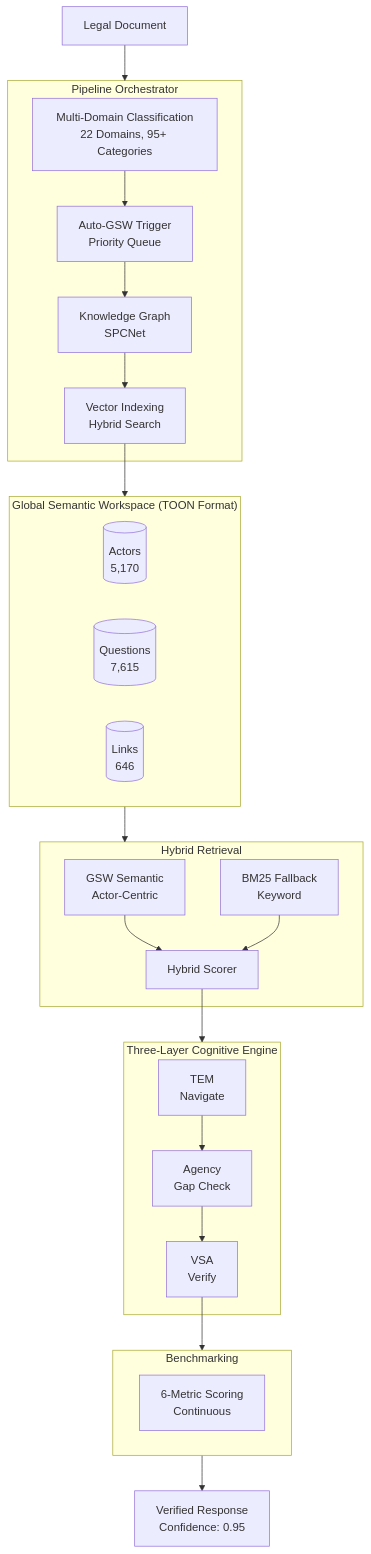
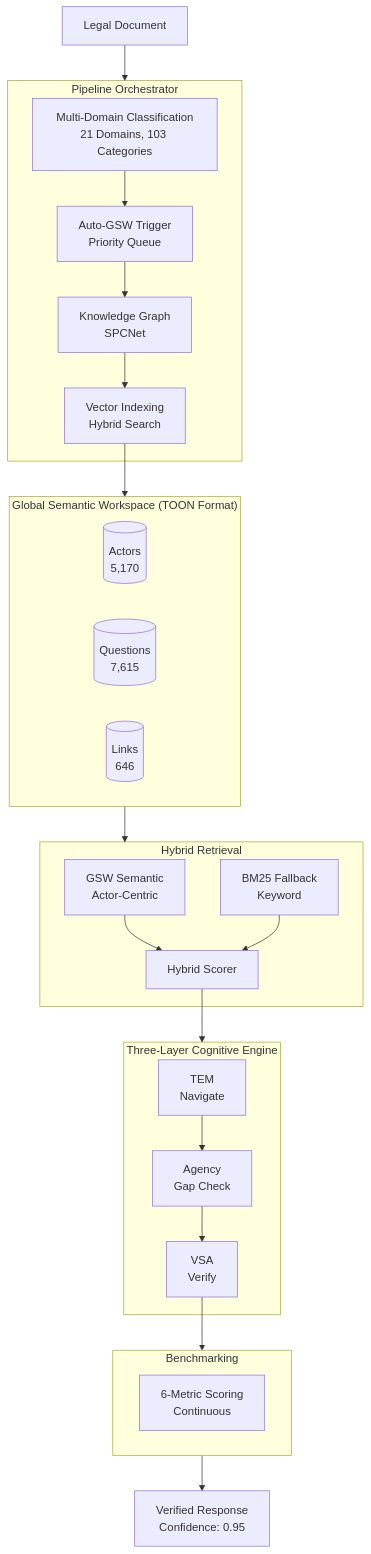
Before and after one commit to Verridian-ai/Functional-Structure-of-Episodic-Memory: the tenth of 18 diagrams in README.md, drawn with Mermaid. The commit also changed other lines of this file and 1 other file, not shown here.

First paragraph of the commit message:
docs: Fix remaining outdated numbers in mermaid diagrams (#56)
* chore: Cleanup development artifacts and add extraction scripts

````diff
--- a/README.md
+++ b/README.md
@@ -511,40 +511,40 @@
 ```mermaid
 flowchart TB
     DOC[Legal Document] --> PIPELINE
 
     subgraph PIPELINE["Pipeline Orchestrator"]
-        CLASSIFY[Multi-Domain Classification<br/>22 Domains, 95+ Categories] --> EXTRACT[Auto-GSW Trigger<br/>Priority Queue]
+        CLASSIFY[Multi-Domain Classification<br/>21 Domains, 103 Categories] --> EXTRACT[Auto-GSW Trigger<br/>Priority Queue]
         EXTRACT --> BUILD[Knowledge Graph<br/>SPCNet]
         BUILD --> INDEX[Vector Indexing<br/>Hybrid Search]
     end
 
     INDEX --> GSW
 
     subgraph GSW["Global Semantic Workspace (TOON Format)"]
         ACTORS[(Actors<br/>5,170)]
         QUESTIONS[(Questions<br/>7,615)]
         LINKS[(Links<br/>646)]
     end
 
     GSW --> RETRIEVAL
 
     subgraph RETRIEVAL["Hybrid Retrieval"]
         SEMANTIC[GSW Semantic<br/>Actor-Centric] --> HYBRID[Hybrid Scorer]
         BM25[BM25 Fallback<br/>Keyword] --> HYBRID
     end
 
     HYBRID --> ENGINE
 
     subgraph ENGINE["Three-Layer Cognitive Engine"]
         TEM[TEM<br/>Navigate] --> AGENCY[Agency<br/>Gap Check]
         AGENCY --> VSA[VSA<br/>Verify]
     end
 
     VSA --> BENCH
 
     subgraph BENCH["Benchmarking"]
         MONITOR[6-Metric Scoring<br/>Continuous]
     end
 
     BENCH --> RESPONSE[Verified Response<br/>Confidence: 0.95]
 ```
````
